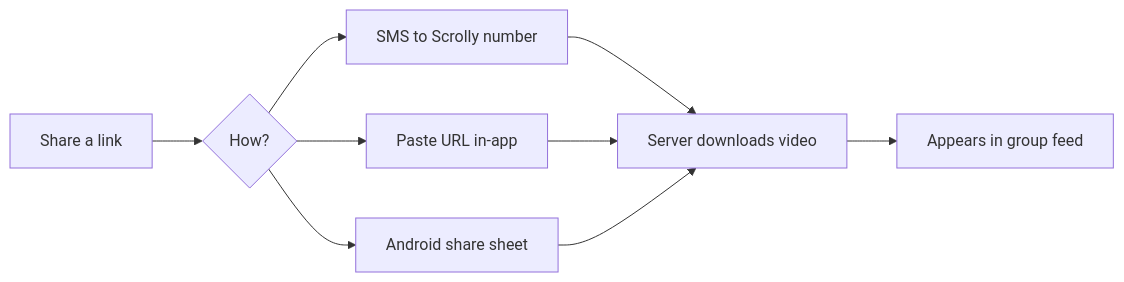
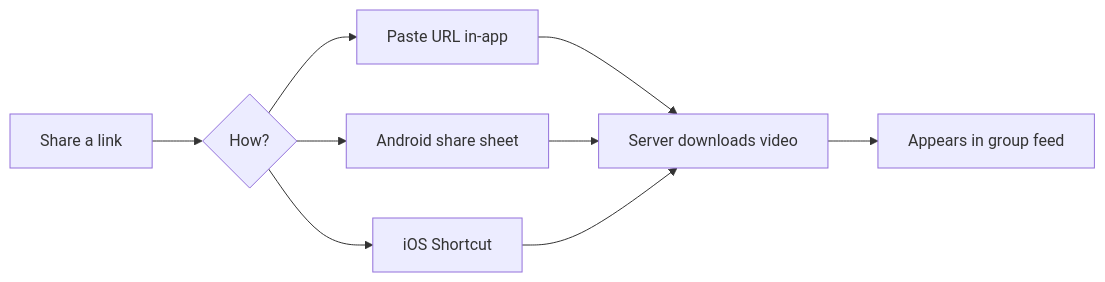
The first of 2 diagrams in docs/guide/features.md (GraysonCAdams/scrolly), drawn with Mermaid before and after one commit. The commit also changed other lines of this file and 17 other files, not shown here.

````diff
--- a/docs/guide/features.md
+++ b/docs/guide/features.md
@@ -7,9 +7,9 @@
 ```mermaid
 flowchart LR
   A["Share a link"] --> B{"How?"}
-  B --> C["SMS to Scrolly number"]
   B --> D["Paste URL in-app"]
   B --> E["Android share sheet"]
-  C & D & E --> F["Server downloads video"]
-  F --> G["Appears in group feed"]
+  B --> F["iOS Shortcut"]
+  D & E & F --> G["Server downloads video"]
+  G --> H["Appears in group feed"]
 ```
````
